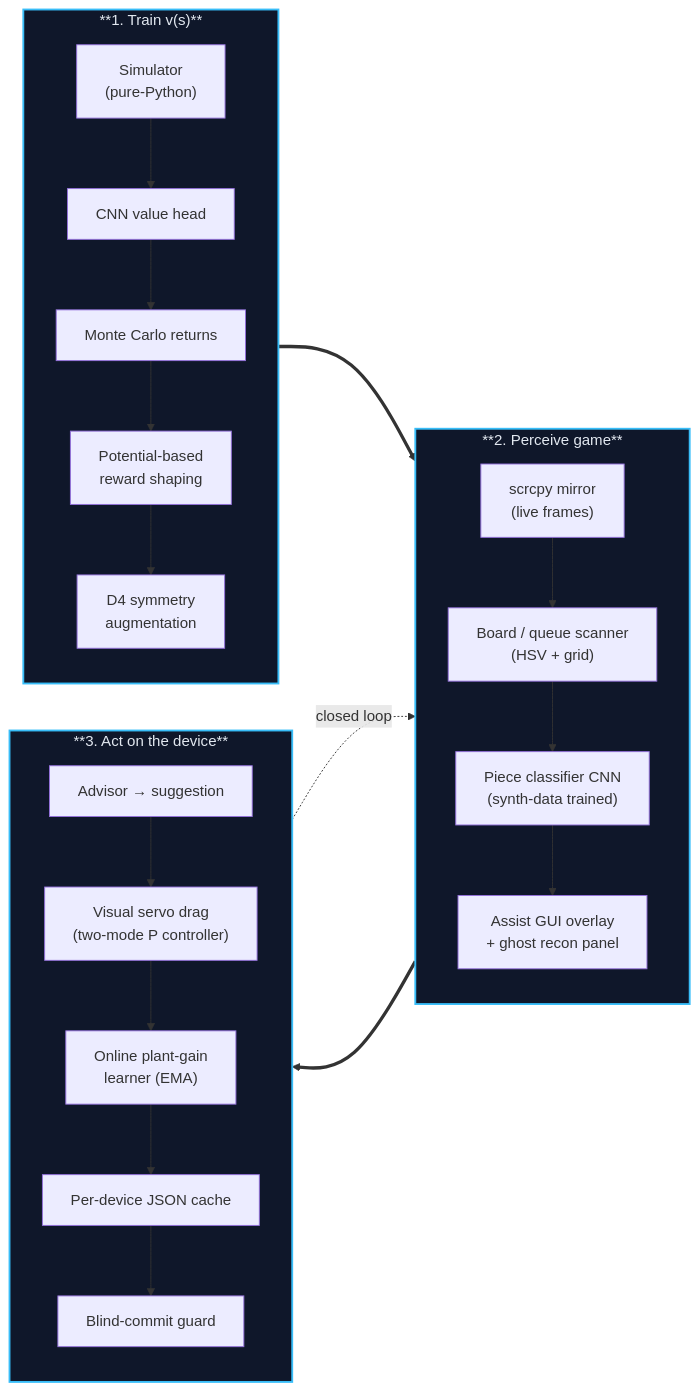
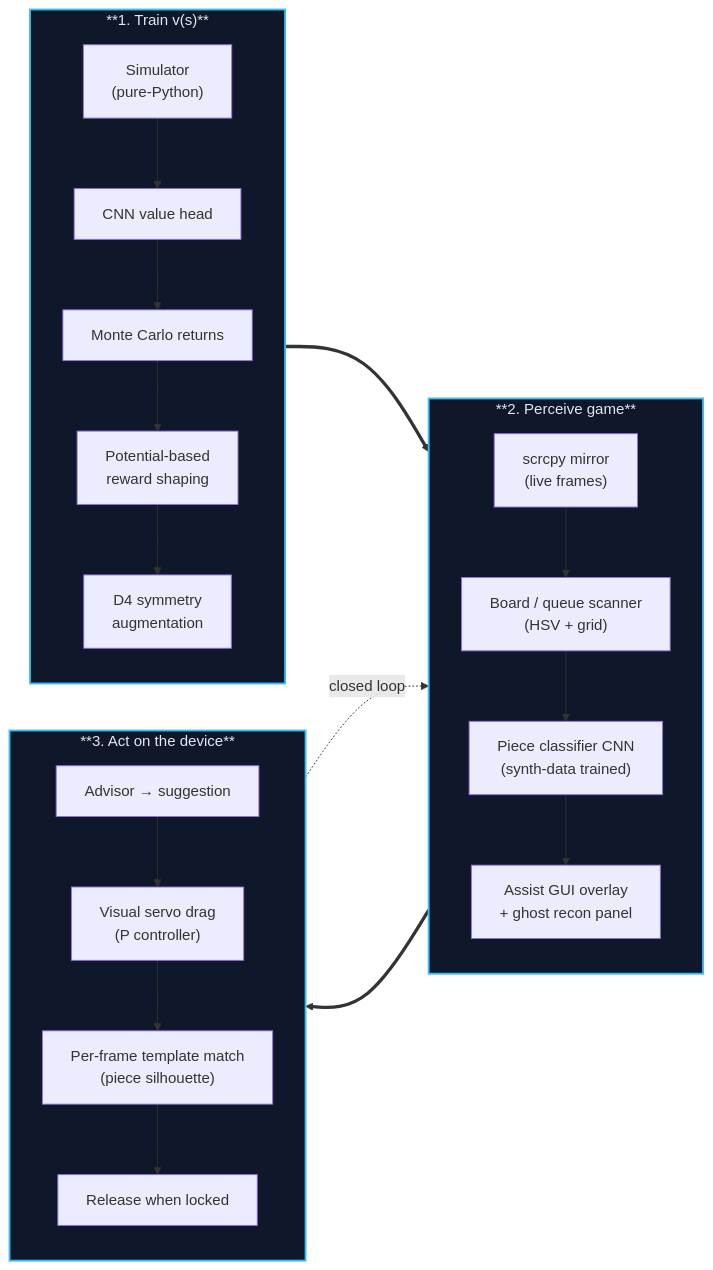
The diagram in README.md (AntoDono/BlockBlaster), drawn with Mermaid before and after one commit. The commit also changed other lines of this file and 73 other files, not shown here.

Commit message:
feat: working visual feedback loop with invert color and detection and servo

````diff
--- a/README.md
+++ b/README.md
@@ -29,37 +29,36 @@
 ```mermaid
 flowchart LR
     subgraph TRAIN["**1. Train v(s)**"]
         direction TB
         T1["Simulator<br/>(pure-Python)"]
         T2["CNN value head"]
         T3["Monte Carlo returns"]
         T4["Potential-based<br/>reward shaping"]
         T5["D4 symmetry<br/>augmentation"]
         T1 --> T2 --> T3 --> T4 --> T5
     end
 
     subgraph PERCEIVE["**2. Perceive game**"]
         direction TB
         P1["scrcpy mirror<br/>(live frames)"]
         P2["Board / queue scanner<br/>(HSV + grid)"]
         P3["Piece classifier CNN<br/>(synth-data trained)"]
         P4["Assist GUI overlay<br/>+ ghost recon panel"]
         P1 --> P2 --> P3 --> P4
     end
 
     subgraph ACT["**3. Act on the device**"]
         direction TB
         A1["Advisor → suggestion"]
-        A2["Visual servo drag<br/>(two-mode P controller)"]
-        A3["Online plant-gain<br/>learner (EMA)"]
-        A4["Per-device JSON cache"]
-        A5["Blind-commit guard"]
-        A1 --> A2 --> A3 --> A4 --> A5
+        A2["Visual servo drag<br/>(P controller)"]
+        A3["Per-frame template match<br/>(piece silhouette)"]
+        A4["Release when locked"]
+        A1 --> A2 --> A3 --> A4
     end
 
     TRAIN ==> PERCEIVE ==> ACT
     ACT -. closed loop .-> PERCEIVE
 
     classDef stage fill:#0f172a,stroke:#38bdf8,stroke-width:2px,color:#e2e8f0
     class TRAIN,PERCEIVE,ACT stage
 ```
````
